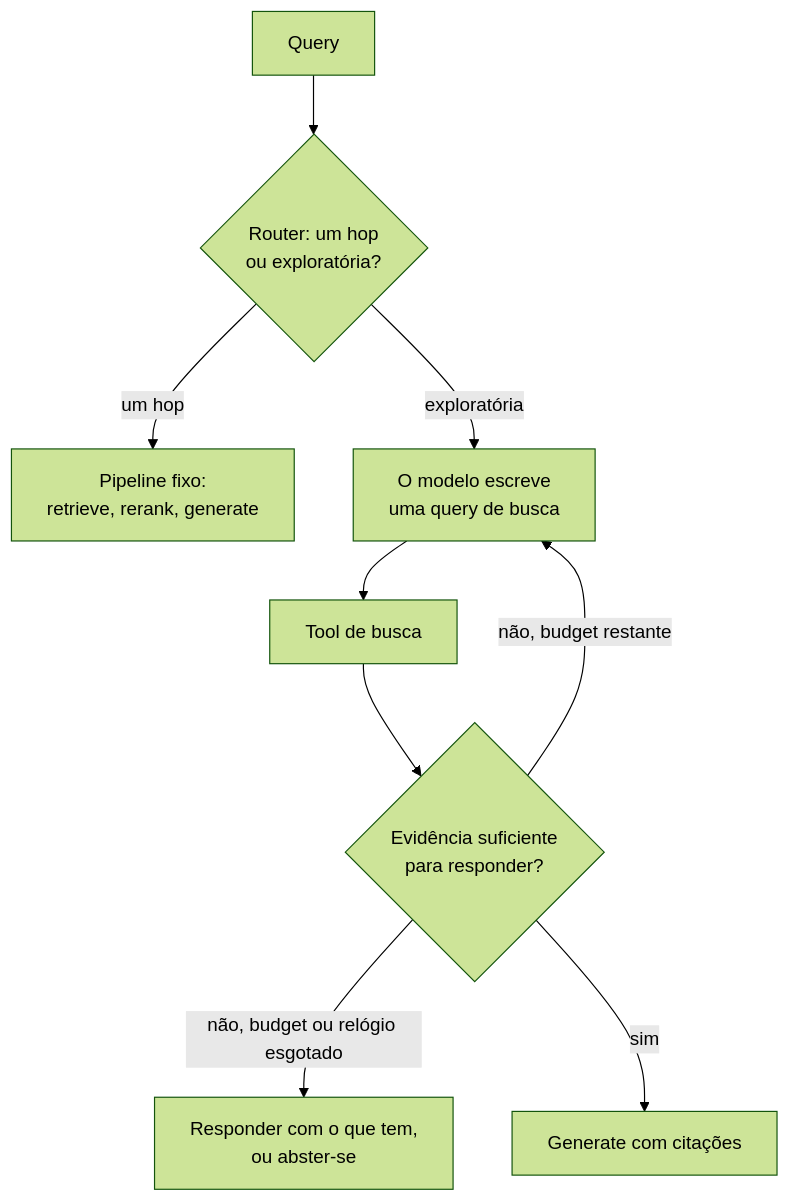
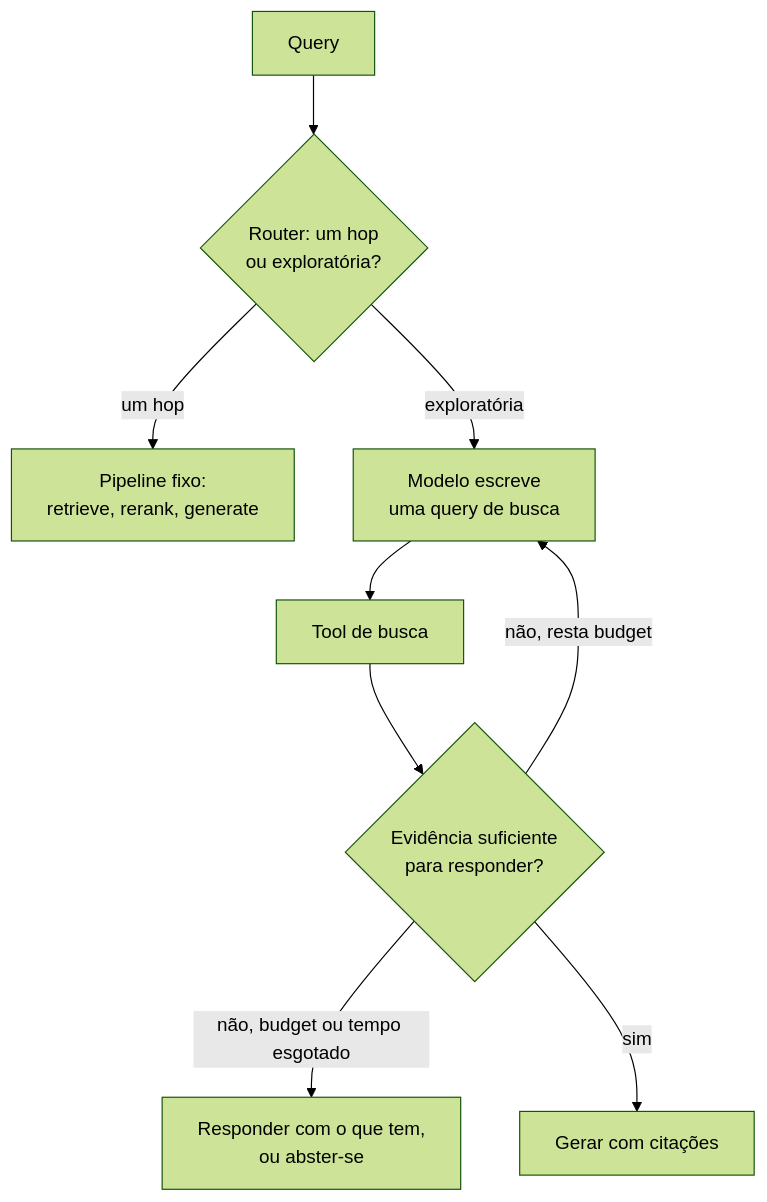
Before and after one commit to andrevberaldo/AI-Engineer-Interview-Questions: diagram 21 of 30 in 04-rag-and-retrieval/questions.pt-BR.md, drawn with Mermaid (forest theme). The commit also changed other lines of this file and 1 other file, not shown here.

````diff
--- a/04-rag-and-retrieval/questions.pt-BR.md
+++ b/04-rag-and-retrieval/questions.pt-BR.md
@@ -1073,11 +1073,11 @@
 ```mermaid
 flowchart TD
     Q["Query"] --> R{"Router: um hop<br/>ou exploratória?"}
     R -->|"um hop"| F["Pipeline fixo:<br/>retrieve, rerank, generate"]
-    R -->|"exploratória"| A["O modelo escreve<br/>uma query de busca"]
+    R -->|"exploratória"| A["Modelo escreve<br/>uma query de busca"]
     A --> S["Tool de busca"]
     S --> J{"Evidência suficiente<br/>para responder?"}
-    J -->|"não, budget restante"| A
-    J -->|"não, budget ou relógio esgotado"| ST["Responder com o que tem,<br/>ou abster-se"]
-    J -->|"sim"| G["Generate com citações"]
+    J -->|"não, resta budget"| A
+    J -->|"não, budget ou tempo esgotado"| ST["Responder com o que tem,<br/>ou abster-se"]
+    J -->|"sim"| G["Gerar com citações"]
 ```
````
